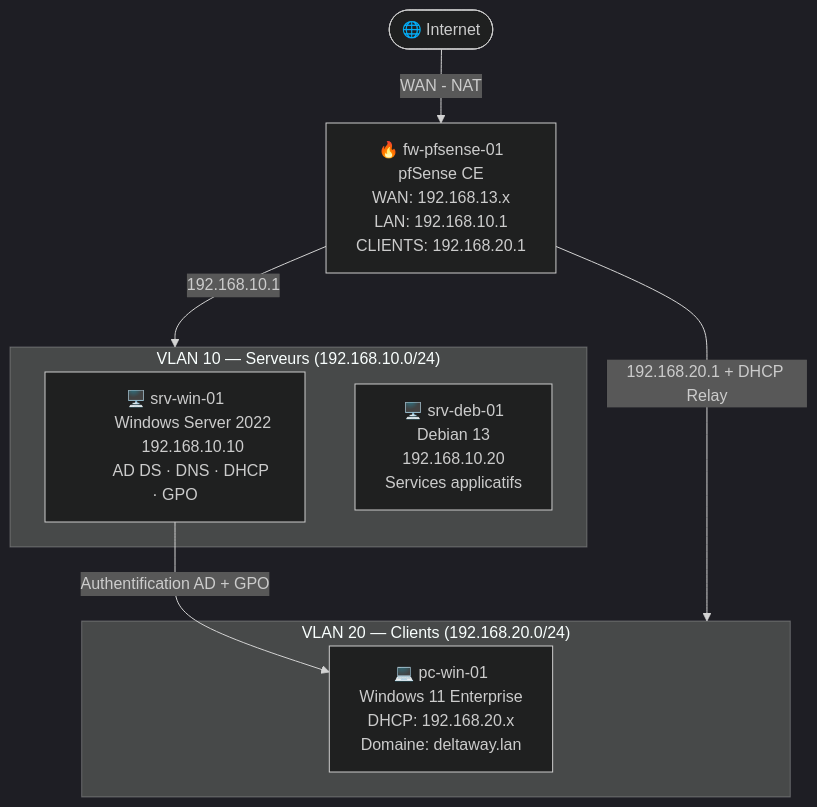
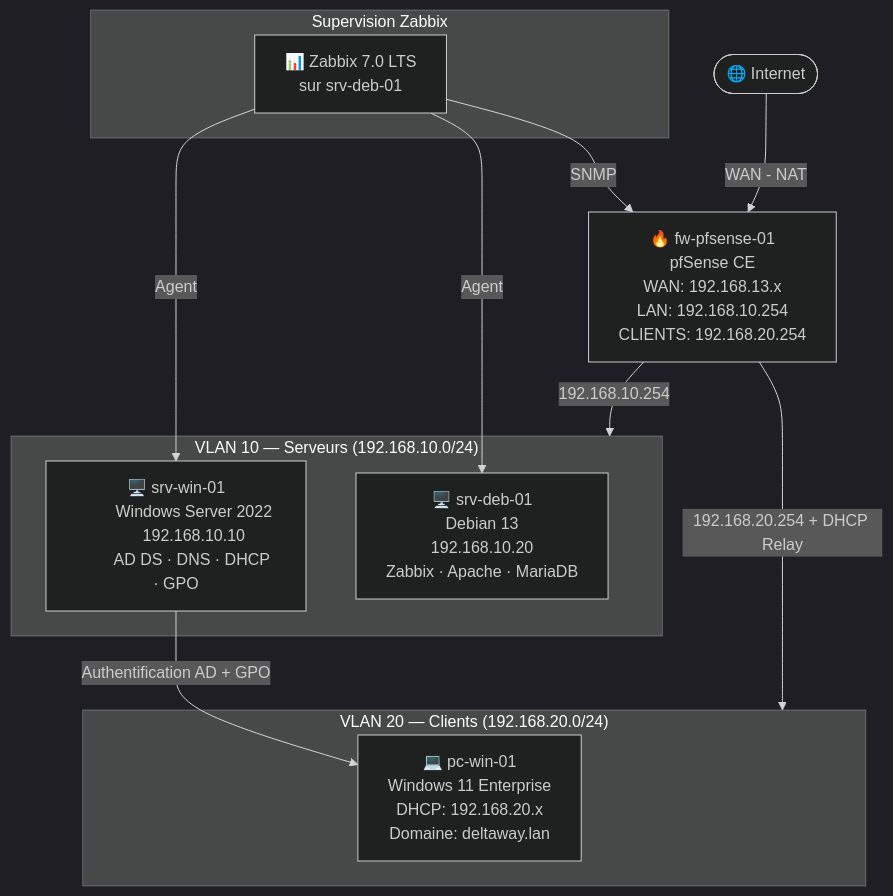
One commit to kenny-bretille/deltaway-infra changed the diagram in README.md. Above: the diagram before and after it, drawn with Mermaid (dark theme). The commit also changed other lines of this file, not shown here.

Commit message:
changement schéma mermaid infra

````diff
--- a/README.md
+++ b/README.md
@@ -31,34 +31,43 @@
 ```mermaid
 graph TD
     Internet([🌐 Internet])
     Internet -->|WAN - NAT| PF
 
     PF["🔥 fw-pfsense-01
     pfSense CE
     WAN: 192.168.13.x
-    LAN: 192.168.10.1
-    CLIENTS: 192.168.20.1"]
+    LAN: 192.168.10.254
+    CLIENTS: 192.168.20.254"]
 
     subgraph VLAN10["VLAN 10 — Serveurs (192.168.10.0/24)"]
         WIN["🖥️ srv-win-01
         Windows Server 2022
         192.168.10.10
         AD DS · DNS · DHCP · GPO"]
 
         DEB["🖥️ srv-deb-01
         Debian 13
         192.168.10.20
-        Services applicatifs"]
+        Zabbix · Apache · MariaDB"]
     end
 
     subgraph VLAN20["VLAN 20 — Clients (192.168.20.0/24)"]
         PC["💻 pc-win-01
         Windows 11 Enterprise
         DHCP: 192.168.20.x
         Domaine: deltaway.lan"]
     end
 
-    PF -->|192.168.10.1| VLAN10
-    PF -->|192.168.20.1 + DHCP Relay| VLAN20
+    PF -->|192.168.10.254| VLAN10
+    PF -->|192.168.20.254 + DHCP Relay| VLAN20
     WIN -->|Authentification AD + GPO| PC
+
+    subgraph SUPERVISION["Supervision Zabbix"]
+        ZBX["📊 Zabbix 7.0 LTS
+        sur srv-deb-01"]
+    end
+
+    ZBX -->|Agent| WIN
+    ZBX -->|Agent| DEB
+    ZBX -->|SNMP| PF
 ```
````
